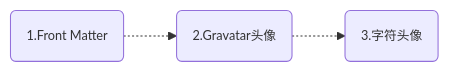
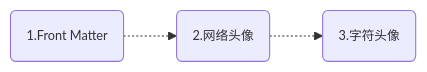
Before and after one commit to jaywhj/jaywhj.github.io: the third of 3 diagrams in docs/document-dates-zh.md, drawn with Mermaid. The commit also changed other lines of this file and 1 other file, not shown here.

````diff
--- a/docs/document-dates-zh.md
+++ b/docs/document-dates-zh.md
@@ -248,8 +269,8 @@
 ```mermaid
 %%{init: {'theme': 'default', 'themeVariables': {'fontSize': '12px'}}}%%
 flowchart LR
     A(1.Front Matter)
-    B(2.Gravatar头像)
+    B(2.网络头像)
     C(3.字符头像)
     A -.-> B -.-> C
 ```
````
